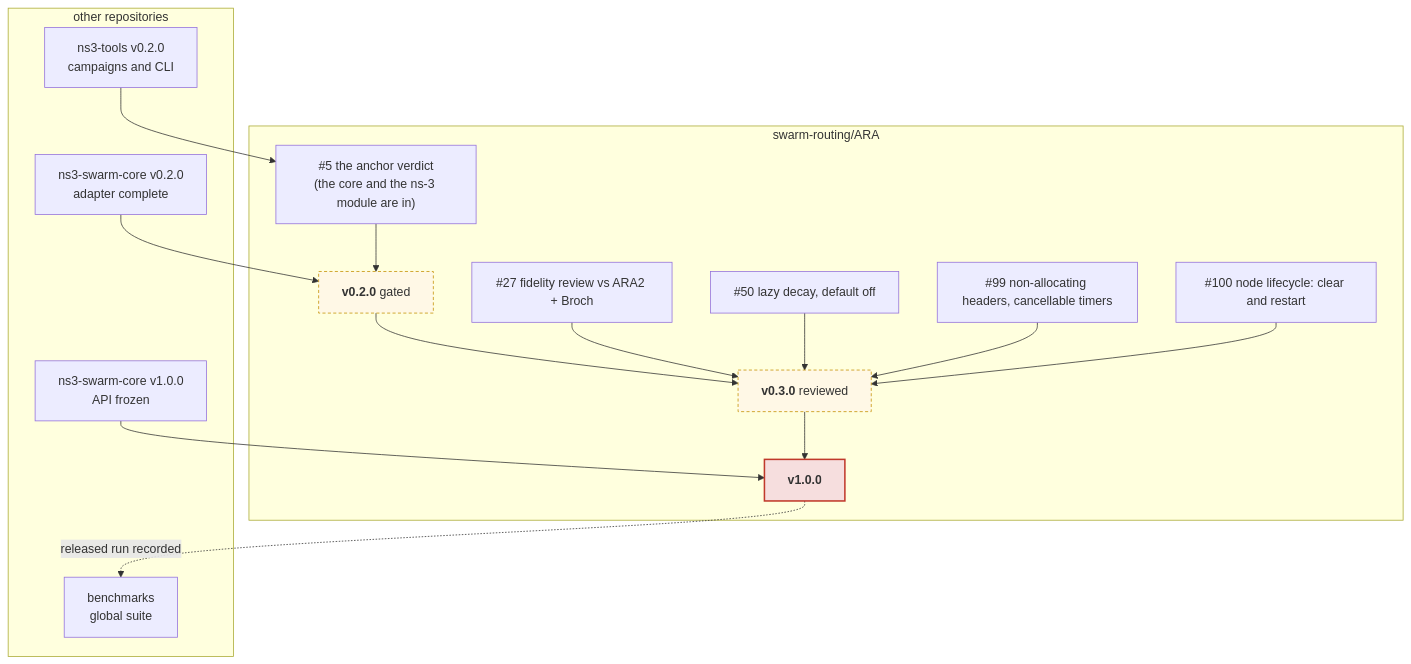
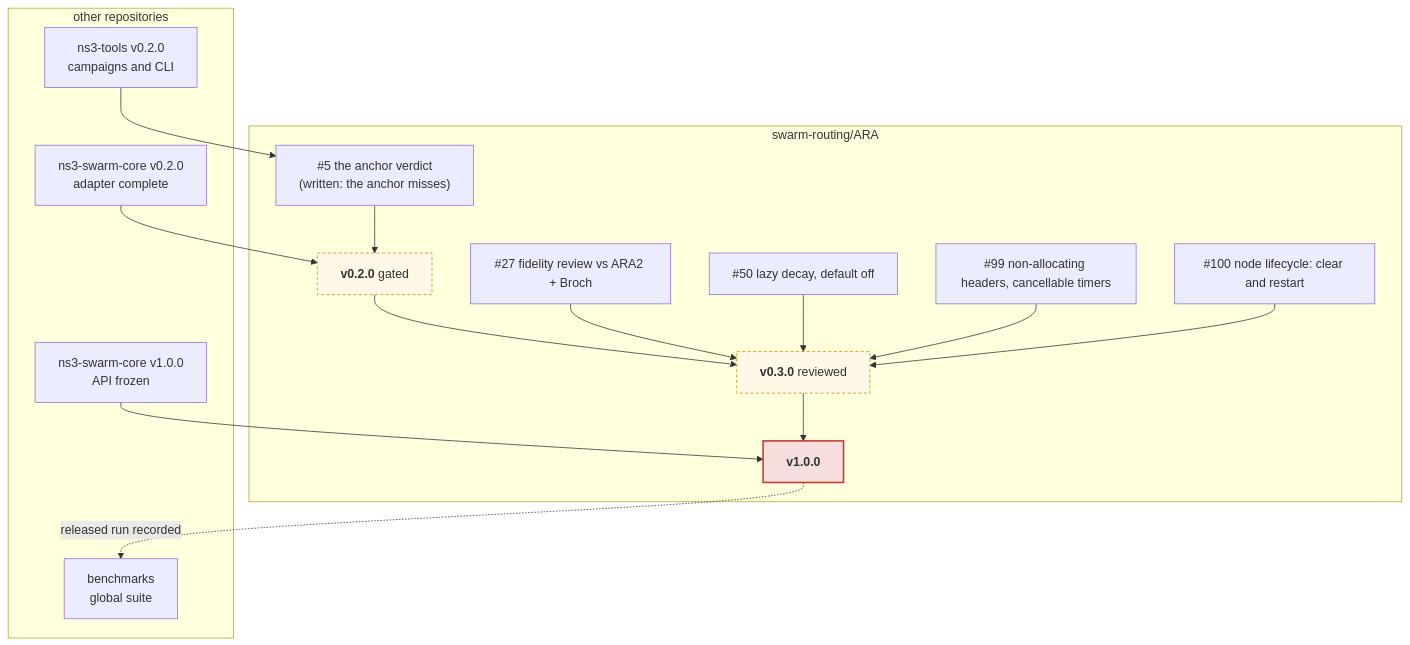
Before and after one commit to swarm-routing/ARA: the second of 2 diagrams in docs/roadmap.md, drawn with Mermaid. The commit also changed other lines of this file and 25 other files, not shown here.

First line of the commit message:
docs(bench): the v0.2.0 anchor misses; record the written infeasibility verdict (#124)

````diff
--- a/docs/roadmap.md
+++ b/docs/roadmap.md
@@ -55,35 +55,35 @@
 ```mermaid
 flowchart TB
     subgraph ARA["swarm-routing/ARA"]
-        I5["#5 the anchor verdict<br/>(the core and the ns-3 module are in)"]
+        I5["#5 the anchor verdict<br/>(written: the anchor misses)"]
         I27["#27 fidelity review vs ARA2 + Broch"]
         I50["#50 lazy decay, default off"]
         I99["#99 non-allocating headers, cancellable timers"]
         I100["#100 node lifecycle: clear and restart"]
         V02["<b>v0.2.0</b> gated"]
         V03["<b>v0.3.0</b> reviewed"]
         V10["<b>v1.0.0</b>"]
     end
     subgraph XR["other repositories"]
         T02["ns3-tools v0.2.0<br/>campaigns and CLI"]
         S02["ns3-swarm-core v0.2.0<br/>adapter complete"]
         S10["ns3-swarm-core v1.0.0<br/>API frozen"]
         BM["benchmarks<br/>global suite"]
     end
 
     I5 --> V02
     T02 --> I5
     S02 --> V02
     V02 --> V03
     I27 --> V03
     I50 --> V03
     I99 --> V03
     I100 --> V03
     V03 --> V10
     S10 --> V10
     V10 -.->|"released run recorded"| BM
 
     style V02 fill:#fff8e6,stroke:#c48f00,stroke-dasharray:4 3
     style V03 fill:#fff8e6,stroke:#c48f00,stroke-dasharray:4 3
     style V10 fill:#f6dede,stroke:#c0392b,stroke-width:2px
 ```
````
